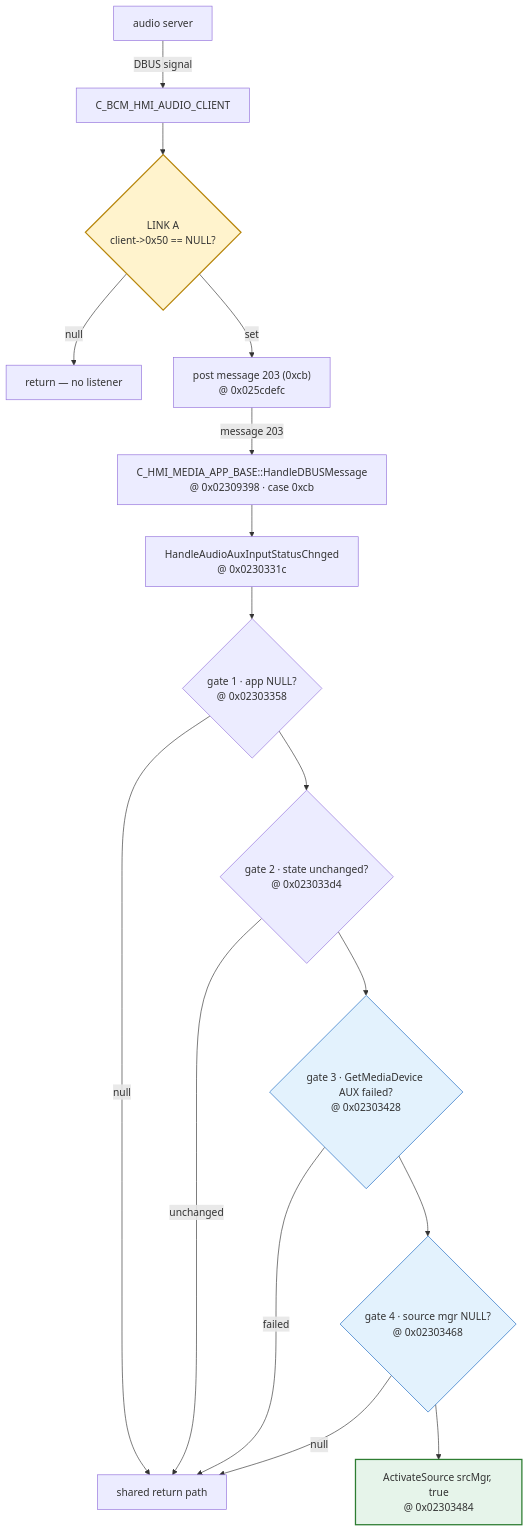
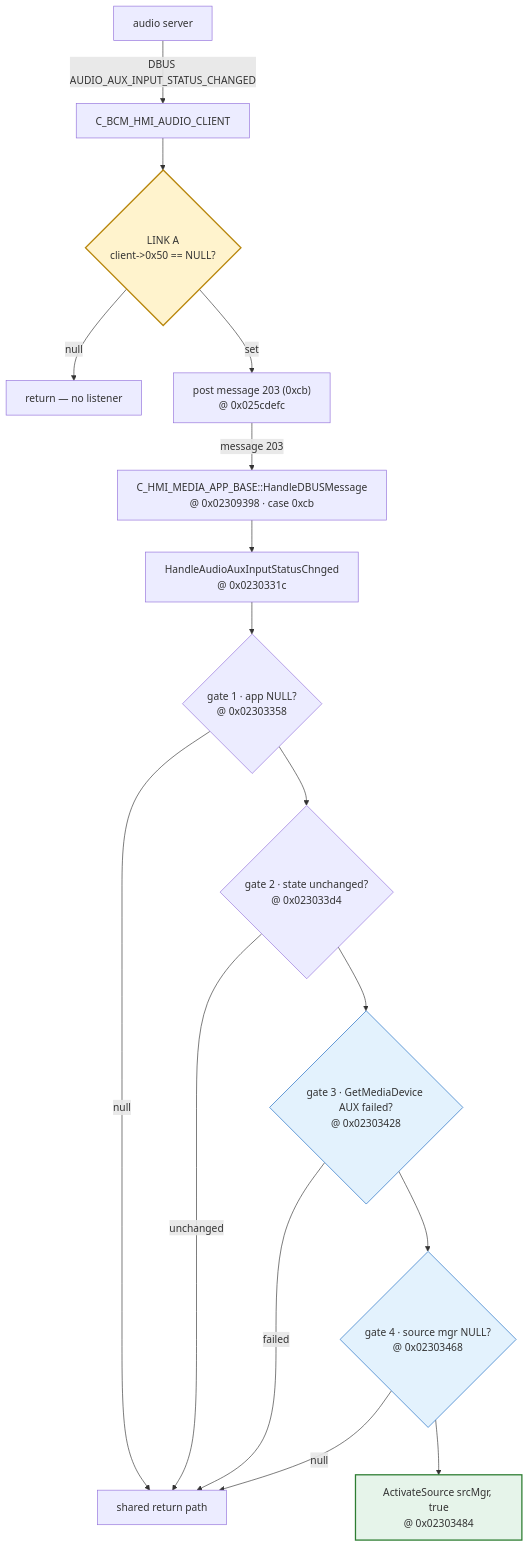
One commit to KRoperUK/smeg-plus-patches changed the diagram in docs/AUX_CHAIN.md. Above: the diagram before and after it, drawn with Mermaid. The commit also changed other lines of this file and 16 other files, not shown here.

First line of the commit message:
docs: close readings of the scheduler, audio module and HMI sources

````diff
--- a/docs/AUX_CHAIN.md
+++ b/docs/AUX_CHAIN.md
@@ -13,22 +15,22 @@
 ```mermaid
 flowchart TD
-    AS["audio server"] -->|DBUS signal| CL["C_BCM_HMI_AUDIO_CLIENT"]
+    AS["audio server"] -->|"DBUS AUDIO_AUX_INPUT_STATUS_CHANGED"| CL["C_BCM_HMI_AUDIO_CLIENT"]
     CL --> LA{"LINK A<br/>client-&gt;0x50 == NULL?"}:::unknown
     LA -->|null| STOP["return — no listener"]
     LA -->|set| P203["post message 203 (0xcb)<br/>@ 0x025cdefc"]
     P203 -->|message 203| HDB["C_HMI_MEDIA_APP_BASE::HandleDBUSMessage<br/>@ 0x02309398 · case 0xcb"]
     HDB --> H["HandleAudioAuxInputStatusChnged<br/>@ 0x0230331c"]
     H --> G1{"gate 1 · app NULL?<br/>@ 0x02303358"}
     G1 -->|null| R["shared return path"]
     G1 --> G2{"gate 2 · state unchanged?<br/>@ 0x023033d4"}
     G2 -->|unchanged| R
     G2 --> G3{"gate 3 · GetMediaDevice AUX failed?<br/>@ 0x02303428"}:::never
     G3 -->|failed| R
     G3 --> G4{"gate 4 · source mgr NULL?<br/>@ 0x02303468"}:::never
     G4 -->|null| R
     G4 --> ACT["ActivateSource srcMgr, true<br/>@ 0x02303484"]:::ok
 
     classDef unknown fill:#fff3cd,stroke:#b8860b,stroke-width:2px;
     classDef never fill:#e3f2fd,stroke:#1565c0;
     classDef ok fill:#e6f4ea,stroke:#2e7d32,stroke-width:2px;
 ```
````
